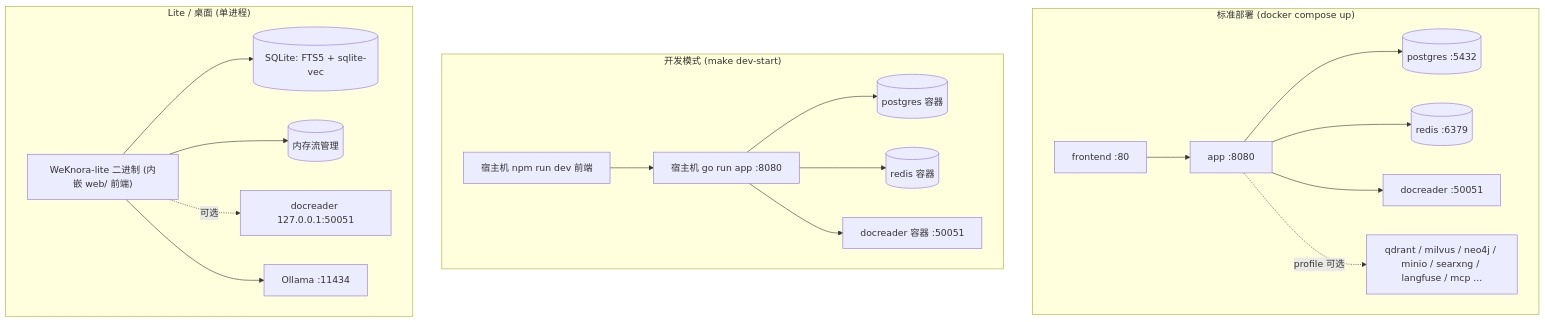
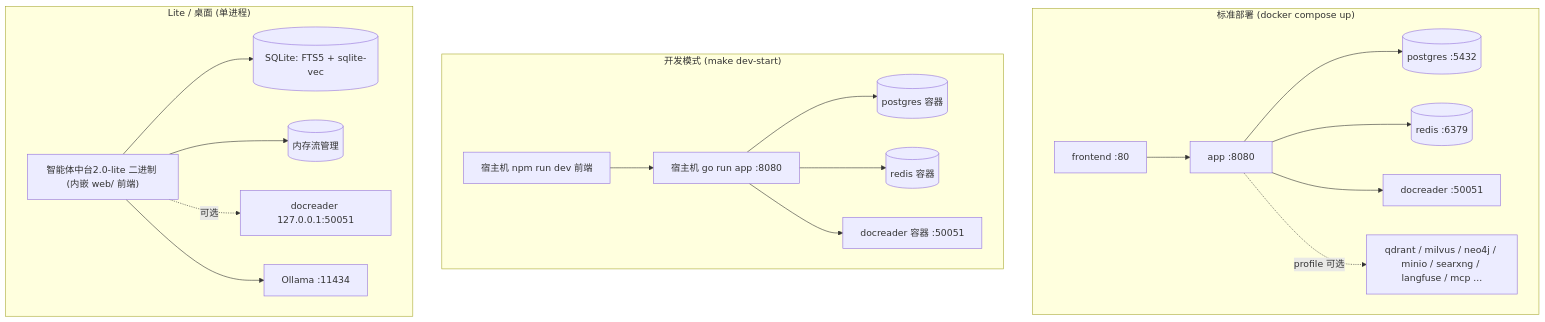
The first of 2 diagrams in apps/docs/01-getting-started/02-installation.md (qinlei131479/WeKnora), drawn with Mermaid before and after one commit. The commit also changed other lines of this file and 47 other files, not shown here.

````diff
--- a/apps/docs/01-getting-started/02-installation.md
+++ b/apps/docs/01-getting-started/02-installation.md
@@ -16,23 +16,23 @@
 ```mermaid
 flowchart TB
     subgraph prod["标准部署 (docker compose up)"]
         FE1["frontend :80"] --> APP1["app :8080"]
         APP1 --> PG1[("postgres :5432")]
         APP1 --> RD1[("redis :6379")]
         APP1 --> DR1["docreader :50051"]
         APP1 -. "profile 可选" .-> OPT1["qdrant / milvus / neo4j / minio / searxng / langfuse / mcp ..."]
     end
     subgraph dev["开发模式 (make dev-start)"]
         LOCALAPP["宿主机 go run app :8080"] --> PG2[("postgres 容器")]
         LOCALAPP --> RD2[("redis 容器")]
         LOCALAPP --> DR2["docreader 容器 :50051"]
         LOCALFE["宿主机 npm run dev 前端"] --> LOCALAPP
     end
     subgraph lite["Lite / 桌面 (单进程)"]
-        BIN["WeKnora-lite 二进制 (内嵌 web/ 前端)"]
+        BIN["智能体中台2.0-lite 二进制 (内嵌 web/ 前端)"]
         BIN --> SQLITE[("SQLite: FTS5 + sqlite-vec")]
         BIN --> MEMQ[("内存流管理")]
         BIN -. "可选" .-> DR3["docreader 127.0.0.1:50051"]
         BIN --> OLLAMA["Ollama :11434"]
     end
 ```
````
